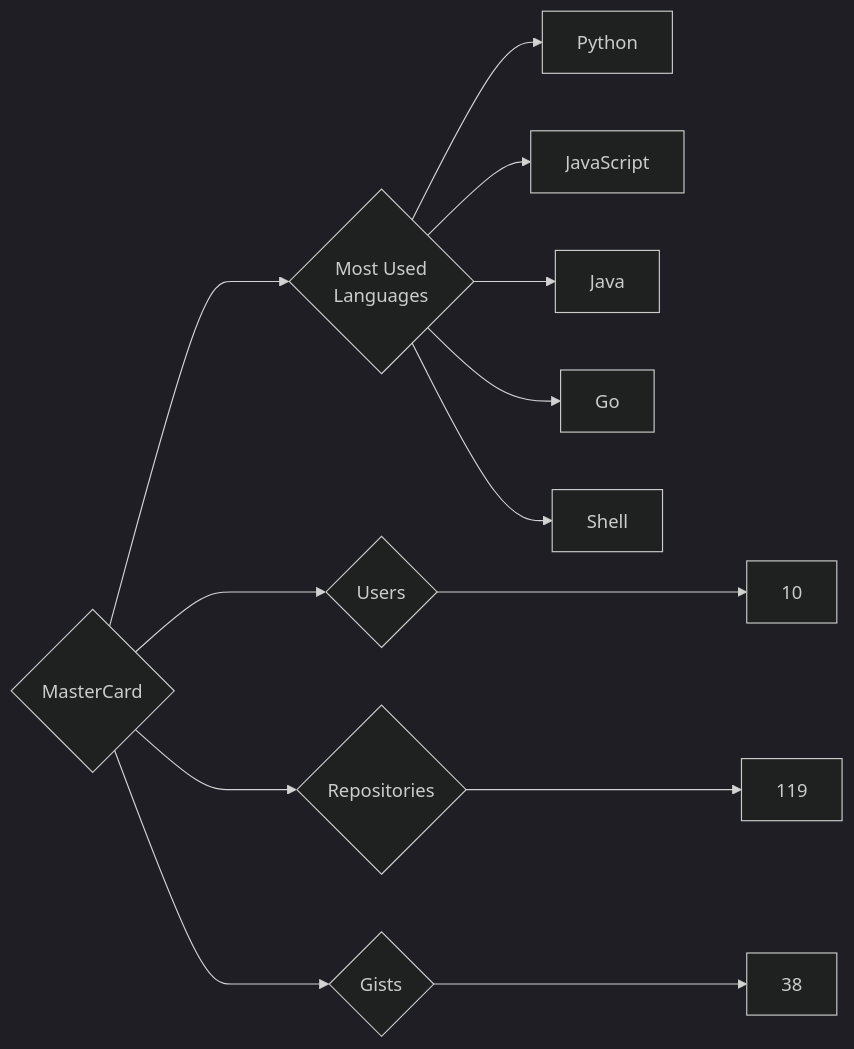
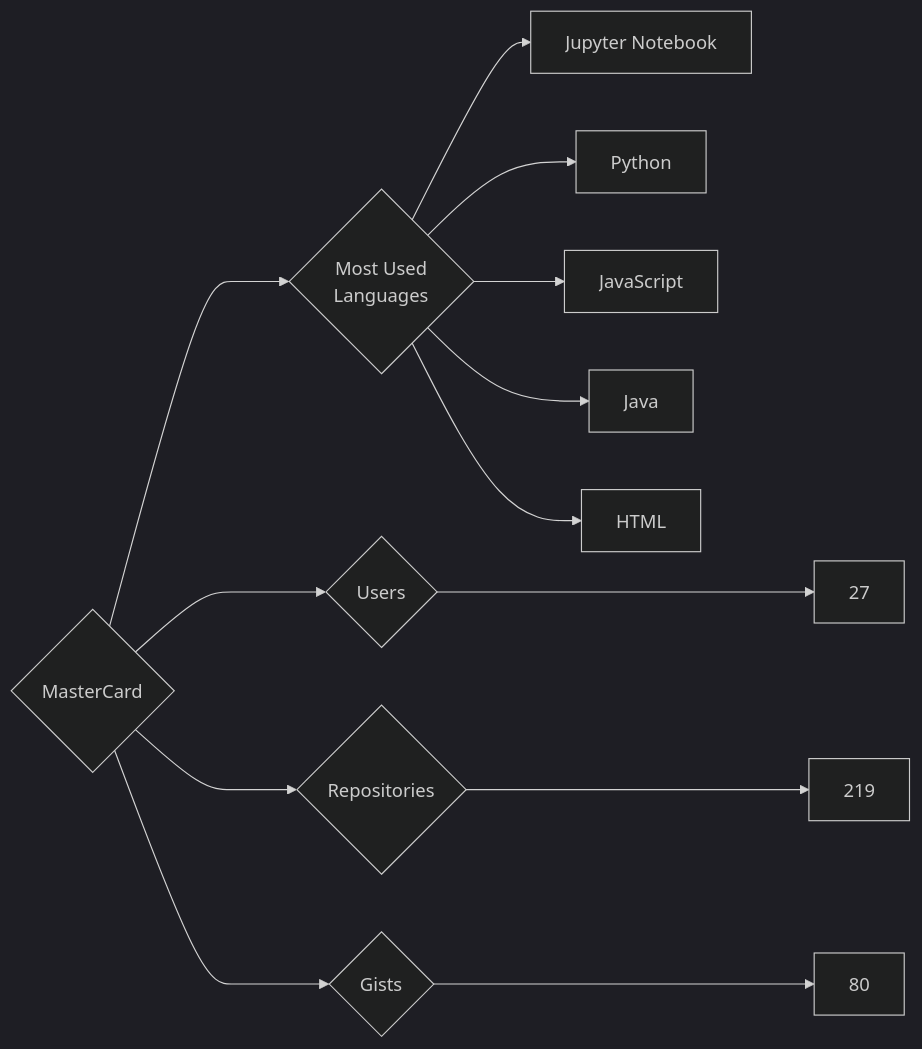
One commit to trickest/insiders changed the diagram in targets/MasterCard/README.md. Above: the diagram before and after it, drawn with Mermaid (dark theme). The commit also changed 871 other files, not shown here.

````diff
--- a/targets/MasterCard/README.md
+++ b/targets/MasterCard/README.md
@@ -3,13 +3,13 @@
 ```mermaid
 graph LR
 COMPANY_NAME{MasterCard}
-COMPANY_NAME ---> U{Users} ---> UN[10]
-COMPANY_NAME ---> R{Repositories} ---> RN[119]
-COMPANY_NAME ---> G{Gists} ---> GN[38]
+COMPANY_NAME ---> U{Users} ---> UN[27]
+COMPANY_NAME ---> R{Repositories} ---> RN[219]
+COMPANY_NAME ---> G{Gists} ---> GN[80]
 COMPANY_NAME ---> ML{Most Used<br>Languages}
+ML --> Jupyter_Notebook[Jupyter Notebook]
 ML --> Python[Python]
 ML --> JavaScript[JavaScript]
 ML --> Java[Java]
-ML --> Go[Go]
-ML --> Shell[Shell]
+ML --> HTML[HTML]
 ```
````
